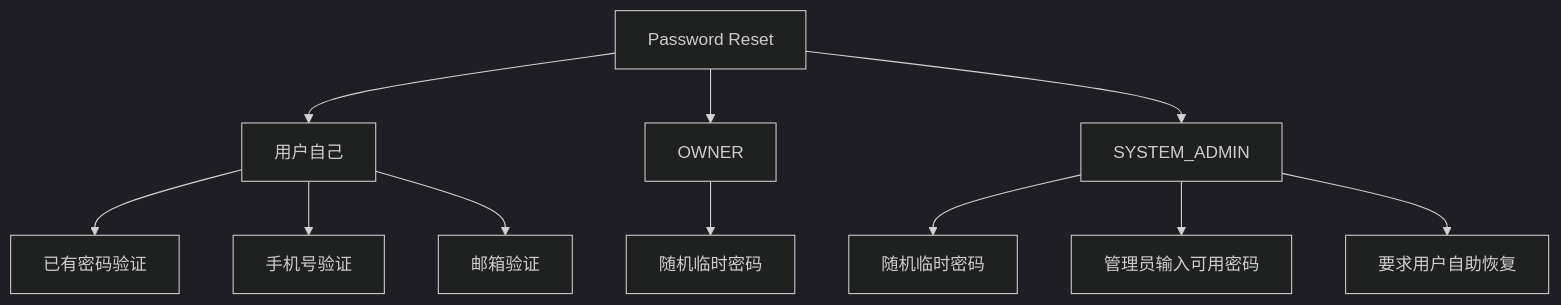
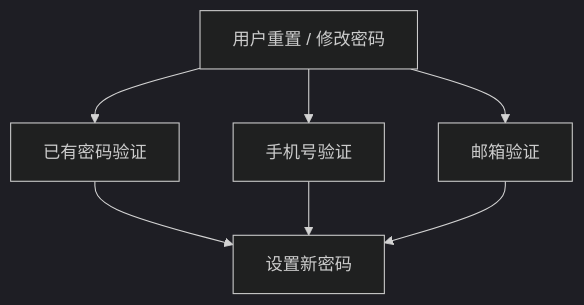
One commit to sxyq/mastergoods changed the first of 10 diagrams in docs/system-design/01-账户与身份/04-密码与账号恢复.md. Above: the diagram before and after it, drawn with Mermaid (dark theme). The commit also changed other lines of this file and 12 other files, not shown here.

Commit message:
docs(system-design): sync detailed design and explain flows

````diff
--- a/docs/system-design/01-账户与身份/04-密码与账号恢复.md
+++ b/docs/system-design/01-账户与身份/04-密码与账号恢复.md
@@ -26,17 +28,12 @@
 ```mermaid
 flowchart TD
-    RESET[Password Reset]
-    RESET --> SELF[用户自己]
-    RESET --> OWNER[OWNER]
-    RESET --> ADMIN[SYSTEM_ADMIN]
+    USER[用户重置 / 修改密码]
 
-    SELF --> CUR[已有密码验证]
-    SELF --> PHONE[手机号验证]
-    SELF --> EMAIL[邮箱验证]
+    USER --> OLD[已有密码验证]
+    USER --> PHONE[手机号验证]
+    USER --> EMAIL[邮箱验证]
 
-    OWNER --> ORAND[随机临时密码]
-
-    ADMIN --> ARAND[随机临时密码]
-    ADMIN --> ADEF[管理员输入可用密码]
-    ADMIN --> AREC[要求用户自助恢复]
+    OLD --> NEW[设置新密码]
+    PHONE --> NEW
+    EMAIL --> NEW
 ```
````
